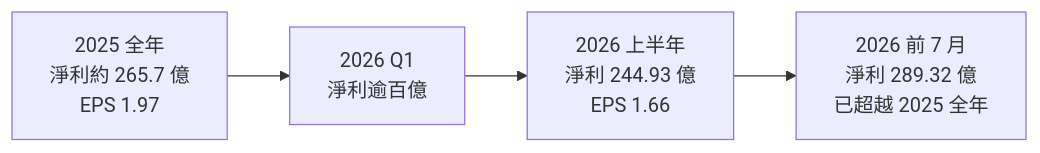
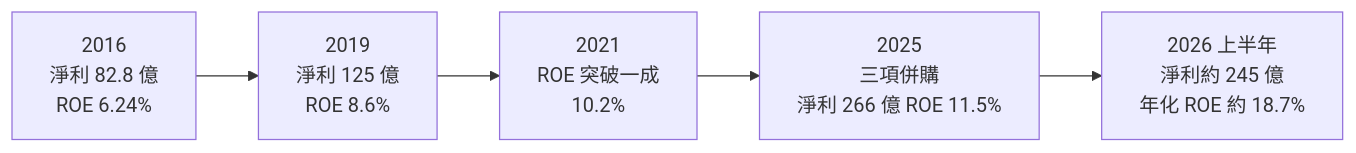
One commit to wangnick1004/taiwan-stock-vault changed the third of 4 diagrams in 個股/台股/2890永豐金.md. Above: the diagram before and after it, drawn with Mermaid. The commit also changed other lines of this file and 7 other files, not shown here.

````diff
--- a/個股/台股/2890永豐金.md
+++ b/個股/台股/2890永豐金.md
@@ -131,4 +144,4 @@
 ```mermaid
 flowchart LR
-    Y["2025 全年<br/>淨利約 265.7 億<br/>EPS 1.97"] --> Q1["2026 Q1<br/>淨利逾百億"] --> H1["2026 上半年<br/>淨利 244.93 億<br/>EPS 1.66"] --> M7["2026 前 7 月<br/>淨利 289.32 億<br/>已超越 2025 全年"]
+    Y16["2016<br/>淨利 82.8 億<br/>ROE 6.24%"] --> Y19["2019<br/>淨利 125 億<br/>ROE 8.6%"] --> Y21["2021<br/>ROE 突破一成<br/>10.2%"] --> Y25["2025<br/>三項併購<br/>淨利 266 億 ROE 11.5%"] --> H26["2026 上半年<br/>淨利約 245 億<br/>年化 ROE 約 18.7%"]
 ```
````
